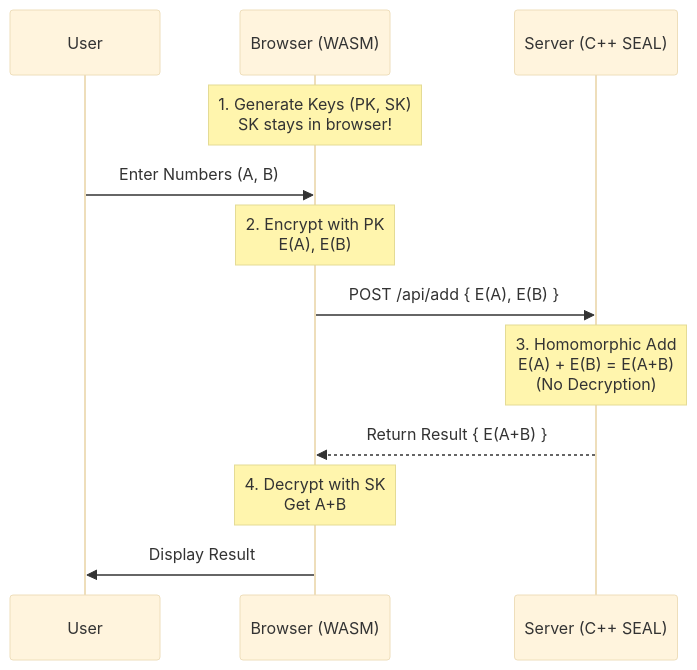
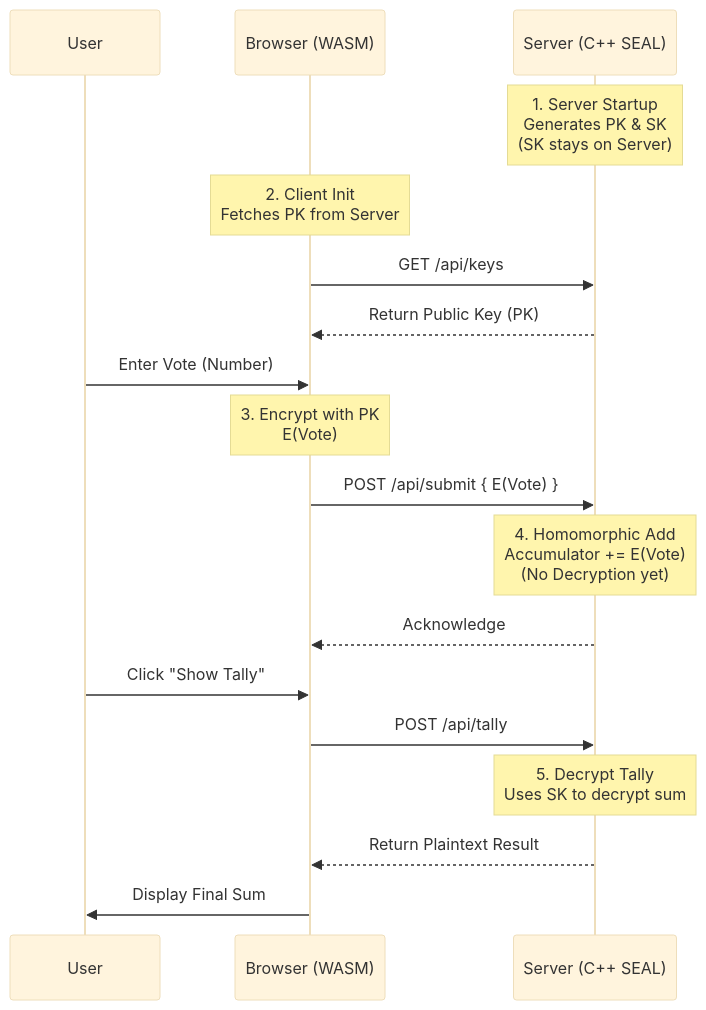
Before and after one commit to KereMath/seal-example: the diagram in README.md, drawn with Mermaid (base theme). The commit also changed other lines of this file, not shown here.

````diff
--- a/README.md
+++ b/README.md
@@ -18,15 +18,23 @@
 ```mermaid
 sequenceDiagram
     participant U as User
     participant B as Browser (WASM)
     participant S as Server (C++ SEAL)
 
-    Note over B: 1. Generate Keys (PK, SK)<br/>SK stays in browser!
-    U->>B: Enter Numbers (A, B)
-    Note over B: 2. Encrypt with PK<br/>E(A), E(B)
-    B->>S: POST /api/add { E(A), E(B) }
-    Note over S: 3. Homomorphic Add<br/>E(A) + E(B) = E(A+B)<br/>(No Decryption)
-    S-->>B: Return Result { E(A+B) }
-    Note over B: 4. Decrypt with SK<br/>Get A+B
-    B->>U: Display Result
+    Note over S: 1. Server Startup<br/>Generates PK & SK<br/>(SK stays on Server)
+    Note over B: 2. Client Init<br/>Fetches PK from Server
+    B->>S: GET /api/keys
+    S-->>B: Return Public Key (PK)
+    
+    U->>B: Enter Vote (Number)
+    Note over B: 3. Encrypt with PK<br/>E(Vote)
+    B->>S: POST /api/submit { E(Vote) }
+    Note over S: 4. Homomorphic Add<br/>Accumulator += E(Vote)<br/>(No Decryption yet)
+    S-->>B: Acknowledge
+
+    U->>B: Click "Show Tally"
+    B->>S: POST /api/tally
+    Note over S: 5. Decrypt Tally<br/>Uses SK to decrypt sum
+    S-->>B: Return Plaintext Result
+    B->>U: Display Final Sum
 ```
````
